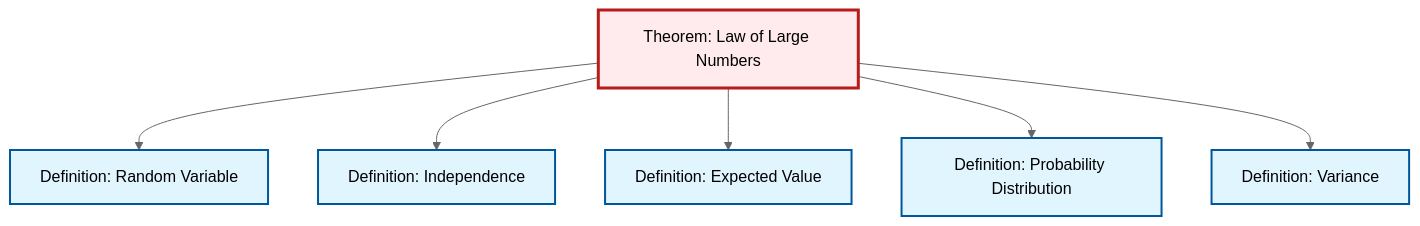
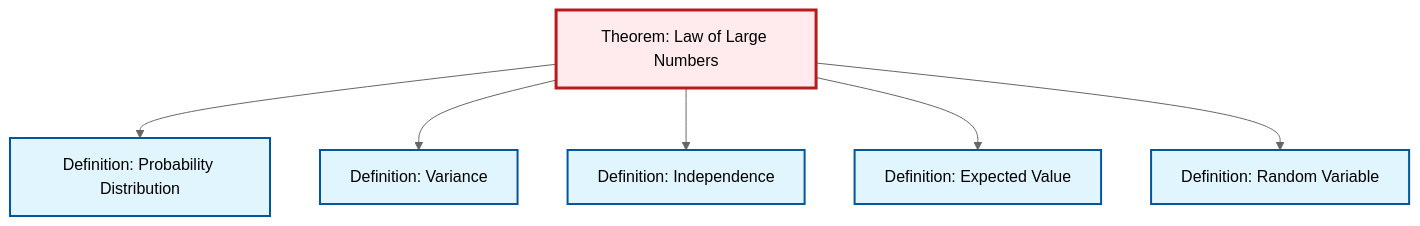
One commit to RK0429/ModernMath changed the second of 2 diagrams in content/en/probability-statistics/thm-law-of-large-numbers.qmd. Above: the diagram before and after it, drawn with Mermaid (neutral theme). The commit also changed other lines of this file and 672 other files, not shown here.

````diff
--- a/content/en/probability-statistics/thm-law-of-large-numbers.qmd
+++ b/content/en/probability-statistics/thm-law-of-large-numbers.qmd
@@ -89,26 +89,26 @@
 ```{mermaid}
 %%| fig-cap: "Local dependency graph"
 graph TD
     classDef definition fill:#e1f5fe,stroke:#01579b,stroke-width:2px
     classDef theorem fill:#f3e5f5,stroke:#4a148c,stroke-width:2px
     classDef axiom fill:#fff3e0,stroke:#e65100,stroke-width:2px
     classDef example fill:#e8f5e9,stroke:#1b5e20,stroke-width:2px
     classDef current fill:#ffebee,stroke:#b71c1c,stroke-width:3px
+    def-independence["Definition: Independence"]:::definition
+    def-expectation["Definition: Expected Value"]:::definition
     def-probability-distribution["Definition: Probability Distribution"]:::definition
-    def-expectation["Definition: Expected Value"]:::definition
+    def-variance["Definition: Variance"]:::definition
+    thm-law-of-large-numbers["Theorem: Law of Large Numbers"]:::theorem
     def-random-variable["Definition: Random Variable"]:::definition
-    def-independence["Definition: Independence"]:::definition
-    thm-law-of-large-numbers["Theorem: Law of Large Numbers"]:::theorem
-    def-variance["Definition: Variance"]:::definition
-    thm-law-of-large-numbers --> def-random-variable
+    thm-law-of-large-numbers --> def-probability-distribution
+    thm-law-of-large-numbers --> def-variance
     thm-law-of-large-numbers --> def-independence
     thm-law-of-large-numbers --> def-expectation
-    thm-law-of-large-numbers --> def-probability-distribution
-    thm-law-of-large-numbers --> def-variance
+    thm-law-of-large-numbers --> def-random-variable
     class thm-law-of-large-numbers current
+    click def-independence "def-independence.html" "Go to Independence definition"
+    click def-expectation "def-expectation.html" "Go to Expected Value definition"
     click def-probability-distribution "def-probability-distribution.html" "Go to Probability Distribution definition"
-    click def-expectation "def-expectation.html" "Go to Expected Value definition"
+    click def-variance "def-variance.html" "Go to Variance definition"
     click def-random-variable "def-random-variable.html" "Go to Random Variable definition"
-    click def-independence "def-independence.html" "Go to Independence definition"
-    click def-variance "def-variance.html" "Go to Variance definition"
 ```
````
